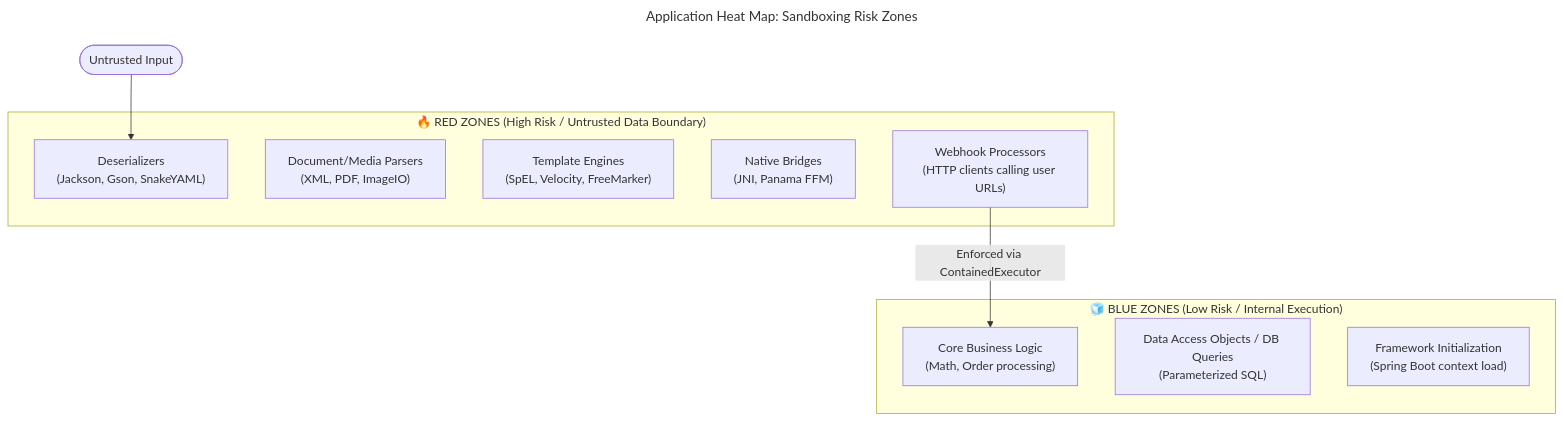
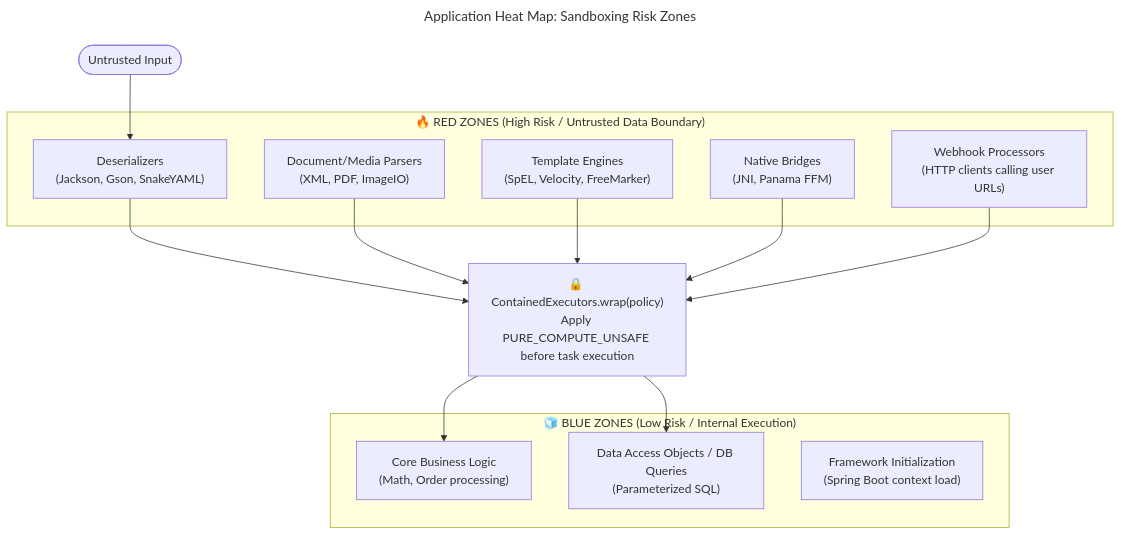
Before and after one commit to Pilleo/jseccomp: the diagram in docs/presentation/article4-attacks.md, drawn with Mermaid. The commit also changed other lines of this file and 4 other files, not shown here.

Commit message:
docs: update architectural diagrams and documentation for thread-level enforcement and isolation patterns

````diff
--- a/docs/presentation/article4-attacks.md
+++ b/docs/presentation/article4-attacks.md
@@ -286,22 +286,30 @@
 ```mermaid
 ---
 title: "Application Heat Map: Sandboxing Risk Zones"
 ---
 flowchart TD
     subgraph RedZone ["🔥 RED ZONES (High Risk / Untrusted Data Boundary)"]
         Deserializers["Deserializers<br/>(Jackson, Gson, SnakeYAML)"]
         Parsers["Document/Media Parsers<br/>(XML, PDF, ImageIO)"]
         Templates["Template Engines<br/>(SpEL, Velocity, FreeMarker)"]
         Native["Native Bridges<br/>(JNI, Panama FFM)"]
         Webhooks["Webhook Processors<br/>(HTTP clients calling user URLs)"]
     end
 
+    ContainedExec["🔒 ContainedExecutors.wrap(policy)<br/>Apply PURE_COMPUTE_UNSAFE before task execution"]
+
     subgraph BlueZone ["🧊 BLUE ZONES (Low Risk / Internal Execution)"]
         Logic["Core Business Logic<br/>(Math, Order processing)"]
         DAOs["Data Access Objects / DB Queries<br/>(Parameterized SQL)"]
         Startup["Framework Initialization<br/>(Spring Boot context load)"]
     end
 
     Data([Untrusted Input]) --> Deserializers
-    Webhooks -->|Enforced via ContainedExecutor| Logic
+    Deserializers --> ContainedExec
+    Parsers --> ContainedExec
+    Templates --> ContainedExec
+    Native --> ContainedExec
+    Webhooks --> ContainedExec
+    ContainedExec --> Logic
+    ContainedExec --> DAOs
 ```
````
